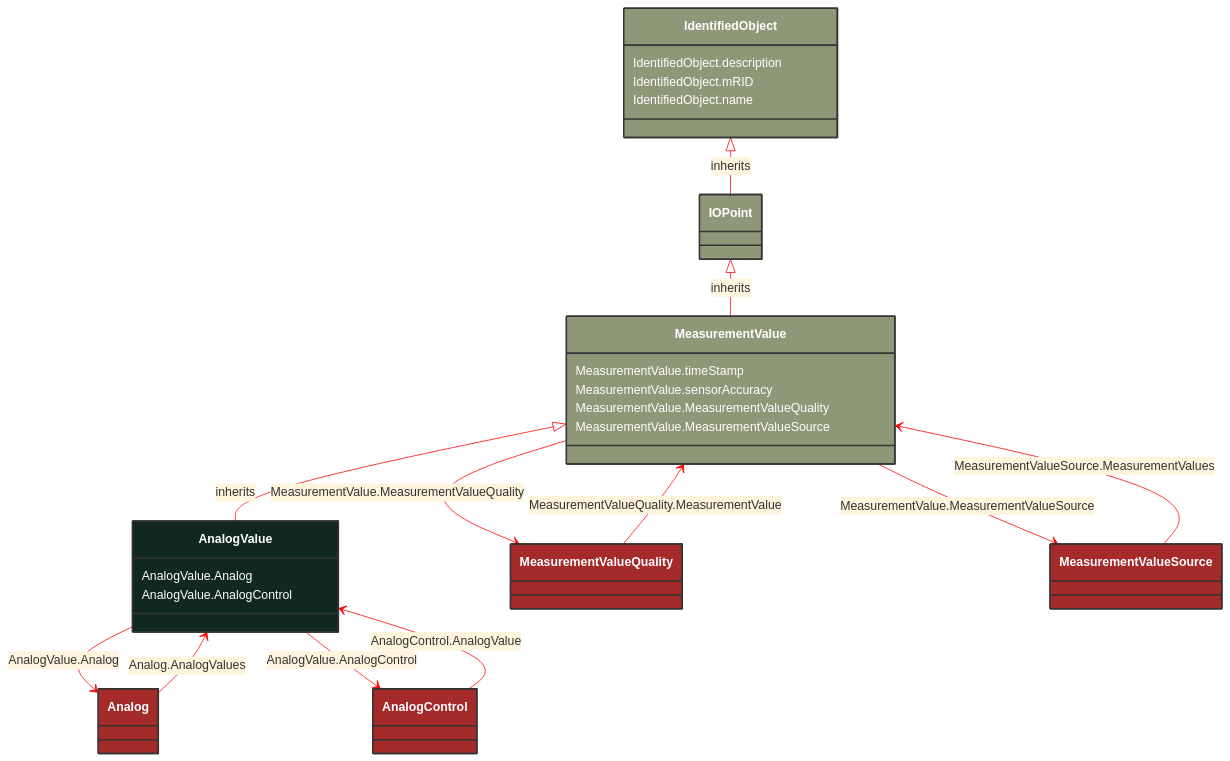
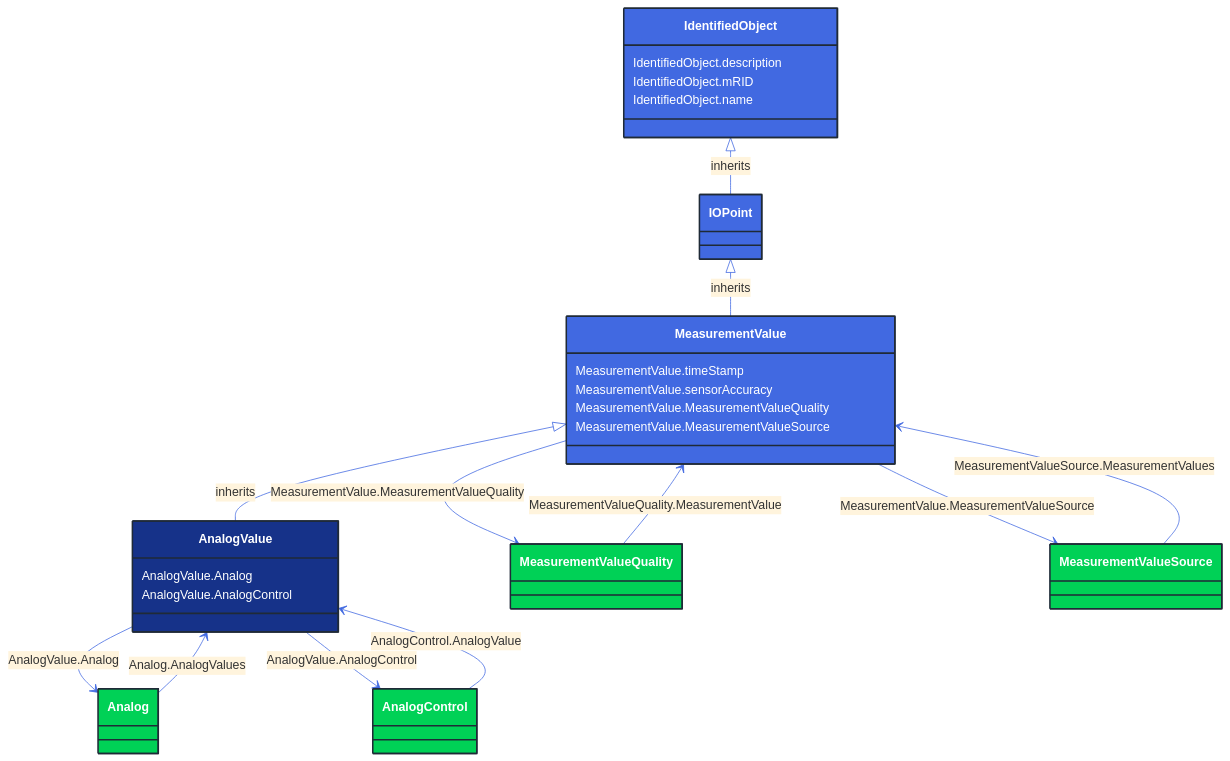
Before and after one commit to 3lbits/NoCIMExtensions: the diagram in docs/Models/Profiles/Operation/ConcreteClasses/AnalogValue.md, drawn with Mermaid. The commit also changed 362 other files, not shown here.

First line of the commit message:
Update diagrams and styles for improved visual consistency

````diff
--- a/docs/Models/Profiles/Operation/ConcreteClasses/AnalogValue.md
+++ b/docs/Models/Profiles/Operation/ConcreteClasses/AnalogValue.md
@@ -8,75 +8,75 @@
 ```mermaid
-%%{init: {'theme':'base','themeVariables': {'lineColor': '#FF0000'}}}%%
+%%{init: {'theme':'base','themeVariables': {'lineColor': '#4169E1'}}}%%
 classDiagram
     class AnalogValue
     click AnalogValue href "/Models/Profiles/Operation/ConcreteClasses/AnalogValue/"
-    style AnalogValue fill:#102820,stroke:#333,stroke-width:2px,rx:10,ry:10,color:white
+    style AnalogValue fill:#163289,stroke:#1F2A37,stroke-width:2px,rx:10,ry:10,color:white
      
         MeasurementValue <|-- AnalogValue : inherits
             click MeasurementValue href "/Models/Profiles/Operation/AbstractClasses/MeasurementValue/"
-            style MeasurementValue fill:#8F9779,stroke:#333,stroke-width:2px,rx:10,ry:10,color:white
+            style MeasurementValue fill:#4169E1,stroke:#1F2A37,stroke-width:2px,rx:10,ry:10,color:white
      
         IOPoint <|-- MeasurementValue : inherits
             click IOPoint href "/Models/Profiles/Operation/AbstractClasses/IOPoint/"
-            style IOPoint fill:#8F9779,stroke:#333,stroke-width:2px,rx:10,ry:10,color:white
+            style IOPoint fill:#4169E1,stroke:#1F2A37,stroke-width:2px,rx:10,ry:10,color:white
      
         IdentifiedObject <|-- IOPoint : inherits
             click IdentifiedObject href "/Models/Profiles/Operation/AbstractClasses/IdentifiedObject/"
-            style IdentifiedObject fill:#8F9779,stroke:#333,stroke-width:2px,rx:10,ry:10,color:white
+            style IdentifiedObject fill:#4169E1,stroke:#1F2A37,stroke-width:2px,rx:10,ry:10,color:white
 
         AnalogValue --> Analog : AnalogValue.Analog
 
         Analog
             click Analog href "/Models/Profiles/Operation/ConcreteClasses/Analog/"
-            style Analog fill:#A52A2A,stroke:#333,stroke-width:2px,rx:10,ry:10,color:white
+            style Analog fill:#00D156,stroke:#1F2A37,stroke-width:2px,rx:10,ry:10,color:white
         AnalogValue --> AnalogControl : AnalogValue.AnalogControl
 
         AnalogControl
             click AnalogControl href "/Models/Profiles/Operation/AbstractClasses/AnalogControl/"
-            style AnalogControl fill:#A52A2A,stroke:#333,stroke-width:2px,rx:10,ry:10,color:white
+            style AnalogControl fill:#00D156,stroke:#1F2A37,stroke-width:2px,rx:10,ry:10,color:white
         MeasurementValue --> MeasurementValueQuality : MeasurementValue.MeasurementValueQuality
 
         MeasurementValueQuality
             click MeasurementValueQuality href "/Models/Profiles/Operation/ConcreteClasses/MeasurementValueQuality/"
-            style MeasurementValueQuality fill:#A52A2A,stroke:#333,stroke-width:2px,rx:10,ry:10,color:white
+            style MeasurementValueQuality fill:#00D156,stroke:#1F2A37,stroke-width:2px,rx:10,ry:10,color:white
         MeasurementValue --> MeasurementValueSource : MeasurementValue.MeasurementValueSource
 
         MeasurementValueSource
             click MeasurementValueSource href "/Models/Profiles/Operation/ConcreteClasses/MeasurementValueSource/"
-            style MeasurementValueSource fill:#A52A2A,stroke:#333,stroke-width:2px,rx:10,ry:10,color:white
+            style MeasurementValueSource fill:#00D156,stroke:#1F2A37,stroke-width:2px,rx:10,ry:10,color:white
 
         Analog --> AnalogValue : Analog.AnalogValues
 
         Analog
             click Analog href "/Models/Profiles/Operation/ConcreteClasses/Analog/"
-            style Analog fill:#A52A2A,stroke:#333,stroke-width:2px,rx:10,ry:10,color:white
+            style Analog fill:#00D156,stroke:#1F2A37,stroke-width:2px,rx:10,ry:10,color:white
 
         AnalogControl --> AnalogValue : AnalogControl.AnalogValue
 
         AnalogControl
             click AnalogControl href "/Models/Profiles/Operation/AbstractClasses/AnalogControl/"
-            style AnalogControl fill:#A52A2A,stroke:#333,stroke-width:2px,rx:10,ry:10,color:white
+            style AnalogControl fill:#00D156,stroke:#1F2A37,stroke-width:2px,rx:10,ry:10,color:white
 
         MeasurementValueQuality --> MeasurementValue : MeasurementValueQuality.MeasurementValue
 
         MeasurementValueQuality
             click MeasurementValueQuality href "/Models/Profiles/Operation/ConcreteClasses/MeasurementValueQuality/"
-            style MeasurementValueQuality fill:#A52A2A,stroke:#333,stroke-width:2px,rx:10,ry:10,color:white
+            style MeasurementValueQuality fill:#00D156,stroke:#1F2A37,stroke-width:2px,rx:10,ry:10,color:white
 
         MeasurementValueSource --> MeasurementValue : MeasurementValueSource.MeasurementValues
 
         MeasurementValueSource
             click MeasurementValueSource href "/Models/Profiles/Operation/ConcreteClasses/MeasurementValueSource/"
-            style MeasurementValueSource fill:#A52A2A,stroke:#333,stroke-width:2px,rx:10,ry:10,color:white
+            style MeasurementValueSource fill:#00D156,stroke:#1F2A37,stroke-width:2px,rx:10,ry:10,color:white
 
 
         AnalogValue : AnalogValue.Analog
         AnalogValue : AnalogValue.AnalogControl
         MeasurementValue : MeasurementValue.timeStamp
         MeasurementValue : MeasurementValue.sensorAccuracy
         MeasurementValue : MeasurementValue.MeasurementValueQuality
         MeasurementValue : MeasurementValue.MeasurementValueSource
         IdentifiedObject : IdentifiedObject.description
         IdentifiedObject : IdentifiedObject.mRID
         IdentifiedObject : IdentifiedObject.name
 ```
````
